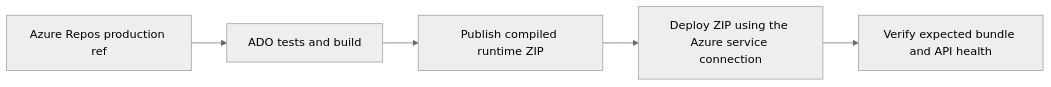
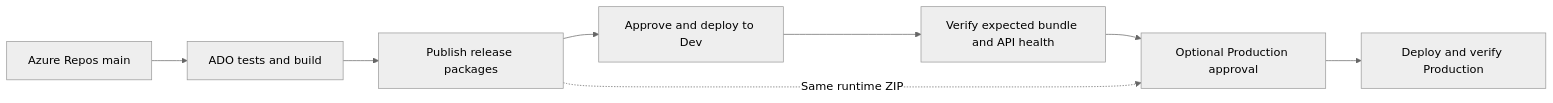
One commit to utkarshpat/Skill-Management-App changed the second of 2 diagrams in docs/AZURE_DEVOPS.md. Above: the diagram before and after it, drawn with Mermaid (neutral theme). The commit also changed other lines of this file and 2 other files, not shown here.

Commit message:
Build once and promote the same Azure release artifact

````diff
--- a/docs/AZURE_DEVOPS.md
+++ b/docs/AZURE_DEVOPS.md
@@ -22,7 +24,10 @@
 ```mermaid
 flowchart LR
-    A["Azure Repos production ref"] --> B["ADO tests and build"]
-    B --> C["Publish compiled runtime ZIP"]
-    C --> D["Deploy ZIP using the Azure service connection"]
+    A["Azure Repos main"] --> B["ADO tests and build"]
+    B --> C["Publish release packages"]
+    C --> D["Approve and deploy to Dev"]
     D --> E["Verify expected bundle and API health"]
+    E --> F["Optional Production approval"]
+    C -. "Same runtime ZIP" .-> F
+    F --> G["Deploy and verify Production"]
 ```
````
